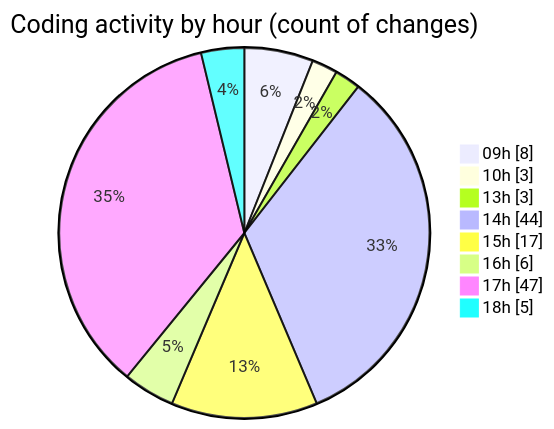
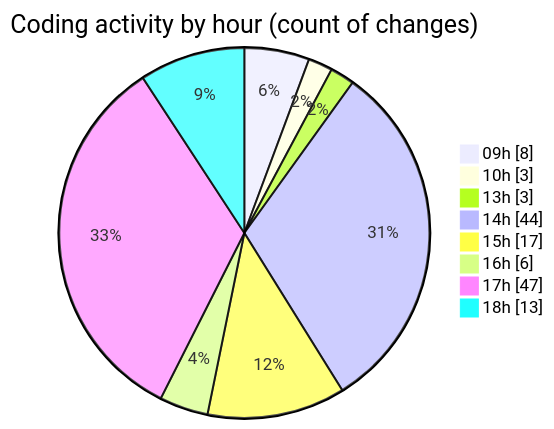
The second of 2 diagrams in 2026-04-09/cda/README.md (momahboobian/code-tracking), drawn with Mermaid before and after one commit. The commit also changed other lines of this file and 1 other file, not shown here.

````diff
--- a/2026-04-09/cda/README.md
+++ b/2026-04-09/cda/README.md
@@ -44,12 +44,12 @@
 ```mermaid
 pie showData
 title Coding activity by hour (count of changes)
 "09h" : 8
 "10h" : 3
 "13h" : 3
 "14h" : 44
 "15h" : 17
 "16h" : 6
 "17h" : 47
-"18h" : 5
+"18h" : 13
 ```
````
